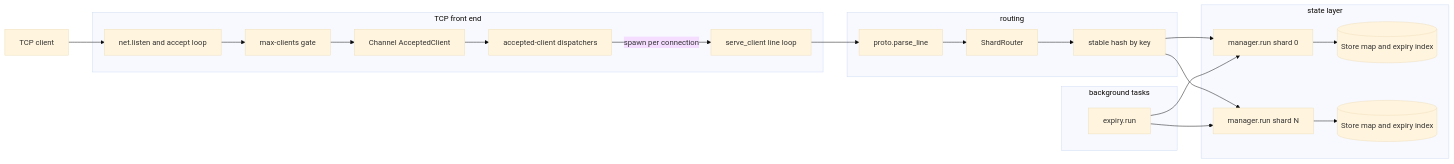
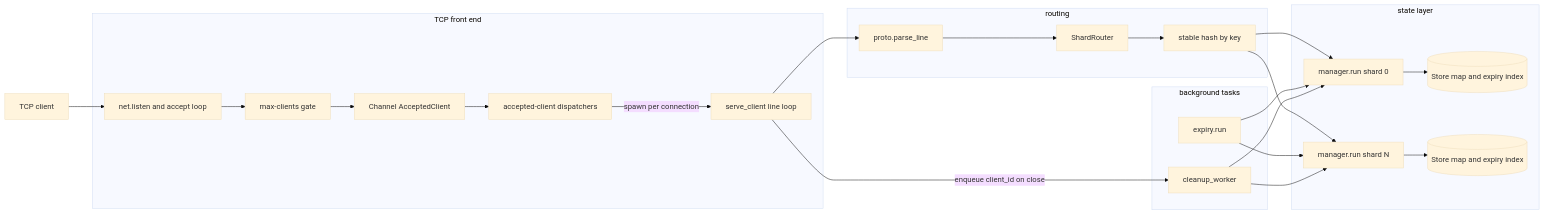
One commit to vovakirdan/surgekv changed the first of 6 diagrams in ARCHITECTURE.md. Above: the diagram before and after it, drawn with Mermaid (base theme). The commit also changed other lines of this file and 17 other files, not shown here.

````diff
--- a/ARCHITECTURE.md
+++ b/ARCHITECTURE.md
@@ -28,42 +28,46 @@
 ```mermaid
 flowchart LR
     subgraph TCP["TCP front end"]
         Listener["net.listen and accept loop"]
         Limit["max-clients gate"]
         Queue["Channel AcceptedClient"]
         Workers["accepted-client dispatchers"]
         ClientLoop["serve_client line loop"]
     end
 
     subgraph Routing["routing"]
         Parser["proto.parse_line"]
         Router["ShardRouter"]
         Hash["stable hash by key"]
     end
 
     subgraph State["state layer"]
         Shard0["manager.run shard 0"]
         ShardN["manager.run shard N"]
         Store0[("Store map and expiry index")]
         StoreN[("Store map and expiry index")]
     end
 
     subgraph Background["background tasks"]
         Expiry["expiry.run"]
+        Cleanup["cleanup_worker"]
     end
 
     Client["TCP client"] --> Listener
     Listener --> Limit
     Limit --> Queue
     Queue --> Workers
     Workers -->|"spawn per connection"| ClientLoop
     ClientLoop --> Parser
     Parser --> Router
     Router --> Hash
     Hash --> Shard0
     Hash --> ShardN
     Shard0 --> Store0
     ShardN --> StoreN
     Expiry --> Shard0
     Expiry --> ShardN
+    ClientLoop -->|"enqueue client_id on close"| Cleanup
+    Cleanup --> Shard0
+    Cleanup --> ShardN
 ```
````
